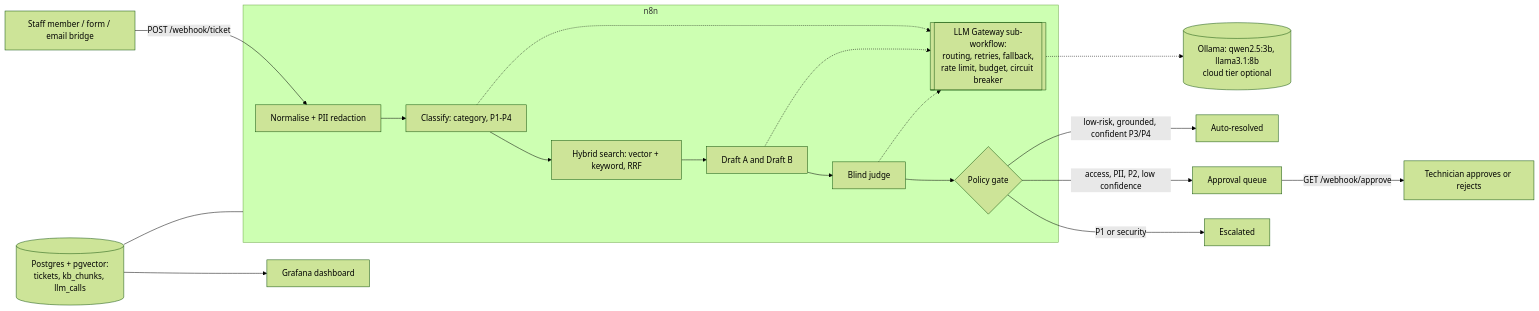
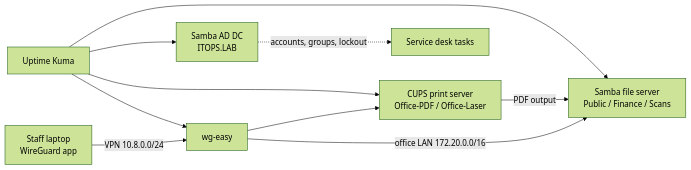
Before and after one commit to iamnajib71/it-support-homelab: the diagram in README.md, drawn with Mermaid (forest theme). The commit also changed other lines of this file and 45 other files, not shown here.

````diff
--- a/README.md
+++ b/README.md
@@ -39,20 +30,9 @@
 ```mermaid
 flowchart LR
-  U[Staff member / form / email bridge] -->|POST /webhook/ticket| I
-  subgraph n8n
-    I[Normalise + PII redaction] --> C[Classify: category, P1-P4]
-    C --> R[Hybrid search: vector + keyword, RRF]
-    R --> D[Draft A and Draft B]
-    D --> J[Blind judge]
-    J --> G{Policy gate}
-    GW[[LLM Gateway sub-workflow:<br/>routing, retries, fallback,<br/>rate limit, budget, circuit breaker]]
-  end
-  C & D & J -.-> GW
-  GW -.-> O[(Ollama: qwen2.5:3b, llama3.1:8b<br/>cloud tier optional)]
-  G -->|low-risk, grounded, confident P3/P4| A[Auto-resolved]
-  G -->|access, PII, P2, low confidence| Q[Approval queue]
-  G -->|P1 or security| E[Escalated]
-  Q -->|GET /webhook/approve| H[Technician approves or rejects]
-  PG[(Postgres + pgvector:<br/>tickets, kb_chunks, llm_calls)] --- n8n
-  PG --> GF[Grafana dashboard]
+  U[Staff laptop<br/>WireGuard app] -->|VPN 10.8.0.0/24| W[wg-easy]
+  W -->|office LAN 172.20.0.0/16| S[Samba file server<br/>Public / Finance / Scans]
+  W --> P[CUPS print server<br/>Office-PDF / Office-Laser]
+  P -->|PDF output| S
+  D[Samba AD DC<br/>ITOPS.LAB] -.->|accounts, groups, lockout| A[Service desk tasks]
+  K[Uptime Kuma] --> S & P & W & D
 ```
````
